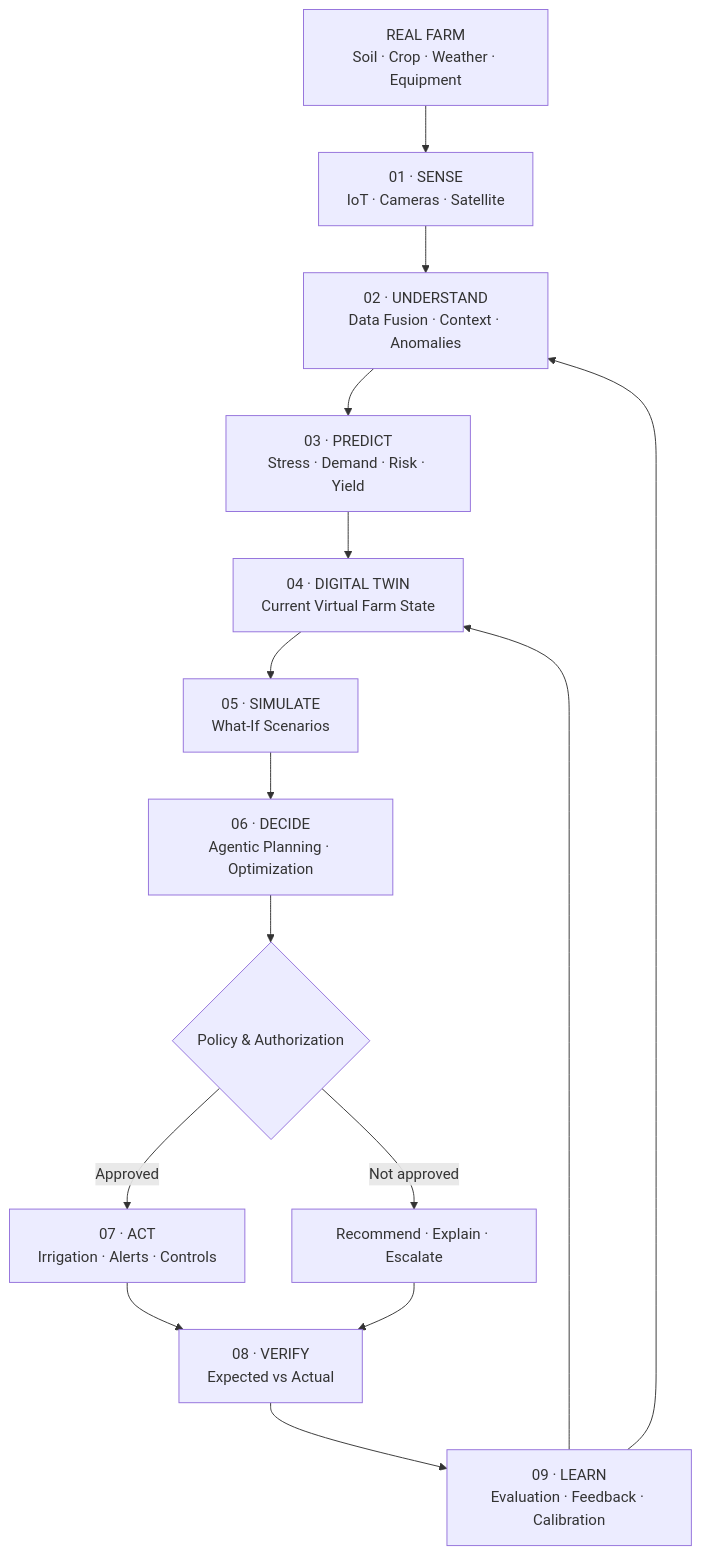
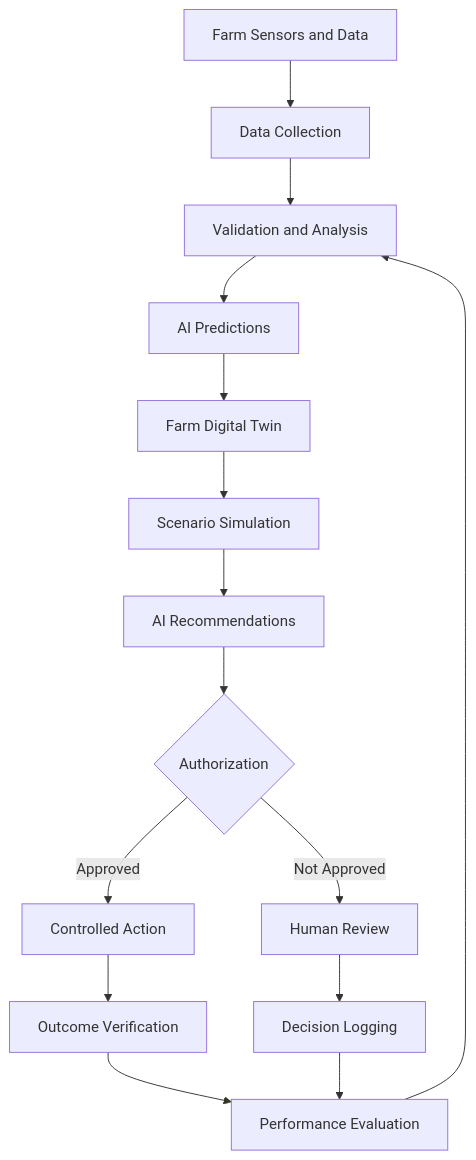
One commit to Mugunthandk/greenflow-smart-irrigation-manager changed the diagram in README.md. Above: the diagram before and after it, drawn with Mermaid. The commit also changed other lines of this file, not shown here.

````diff
--- a/README.md
+++ b/README.md
@@ -83,17 +61,17 @@
 ```mermaid
 flowchart TD
-    A["REAL FARM<br/>Soil · Crop · Weather · Equipment"] --> B["01 · SENSE<br/>IoT · Cameras · Satellite"]
-    B --> C["02 · UNDERSTAND<br/>Data Fusion · Context · Anomalies"]
-    C --> D["03 · PREDICT<br/>Stress · Demand · Risk · Yield"]
-    D --> E["04 · DIGITAL TWIN<br/>Current Virtual Farm State"]
-    E --> F["05 · SIMULATE<br/>What-If Scenarios"]
-    F --> G["06 · DECIDE<br/>Agentic Planning · Optimization"]
-    G --> H{"Policy & Authorization"}
-    H -->|Approved| I["07 · ACT<br/>Irrigation · Alerts · Controls"]
-    H -->|Not approved| J["Recommend · Explain · Escalate"]
-    I --> K["08 · VERIFY<br/>Expected vs Actual"]
-    J --> K
-    K --> L["09 · LEARN<br/>Evaluation · Feedback · Calibration"]
-    L --> C
-    L --> E
+    A[Farm Sensors and Data] --> B[Data Collection]
+    B --> C[Validation and Analysis]
+    C --> D[AI Predictions]
+    D --> E[Farm Digital Twin]
+    E --> F[Scenario Simulation]
+    F --> G[AI Recommendations]
+    G --> H{Authorization}
+    H -->|Approved| I[Controlled Action]
+    H -->|Not Approved| J[Human Review]
+    I --> K[Outcome Verification]
+    J --> L[Decision Logging]
+    K --> M[Performance Evaluation]
+    L --> M
+    M --> C
 ```
````
